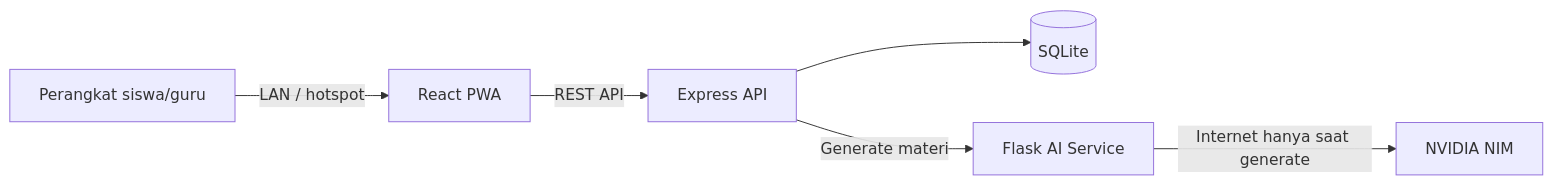
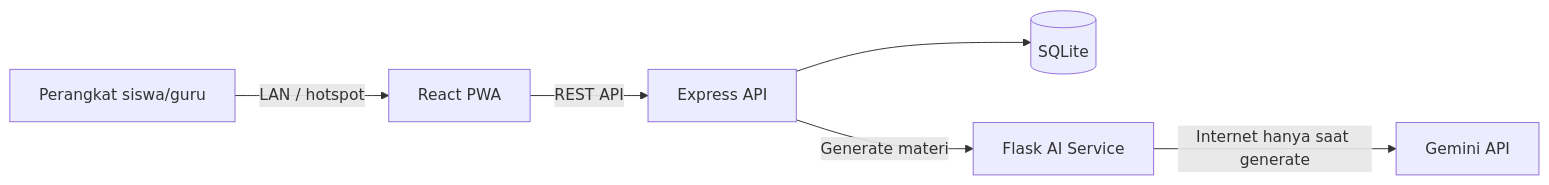
One commit to DitRadit/smartrecall changed the diagram in README.md. Above: the diagram before and after it, drawn with Mermaid. The commit also changed other lines of this file and 7 other files, not shown here.

Commit message:
Switch AI generation to Gemini API

````diff
--- a/README.md
+++ b/README.md
@@ -23,8 +23,8 @@
 ```mermaid
 flowchart LR
     S["Perangkat siswa/guru"] -->|LAN / hotspot| F["React PWA"]
     F -->|REST API| B["Express API"]
     B --> D[("SQLite")]
     B -->|Generate materi| A["Flask AI Service"]
-    A -->|Internet hanya saat generate| N["NVIDIA NIM"]
+    A -->|Internet hanya saat generate| N["Gemini API"]
 ```
````
